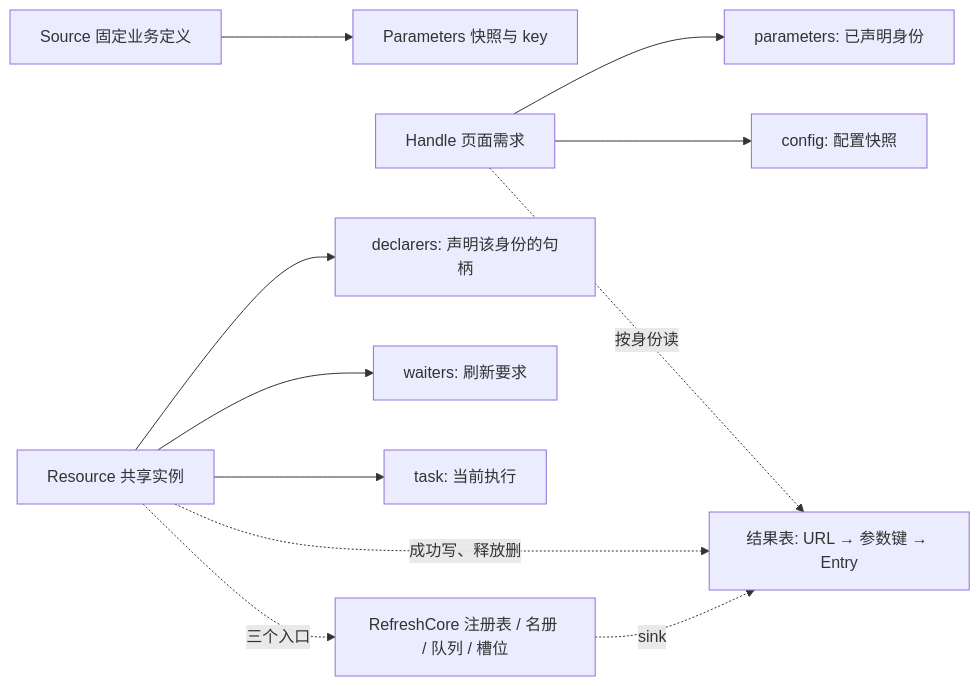
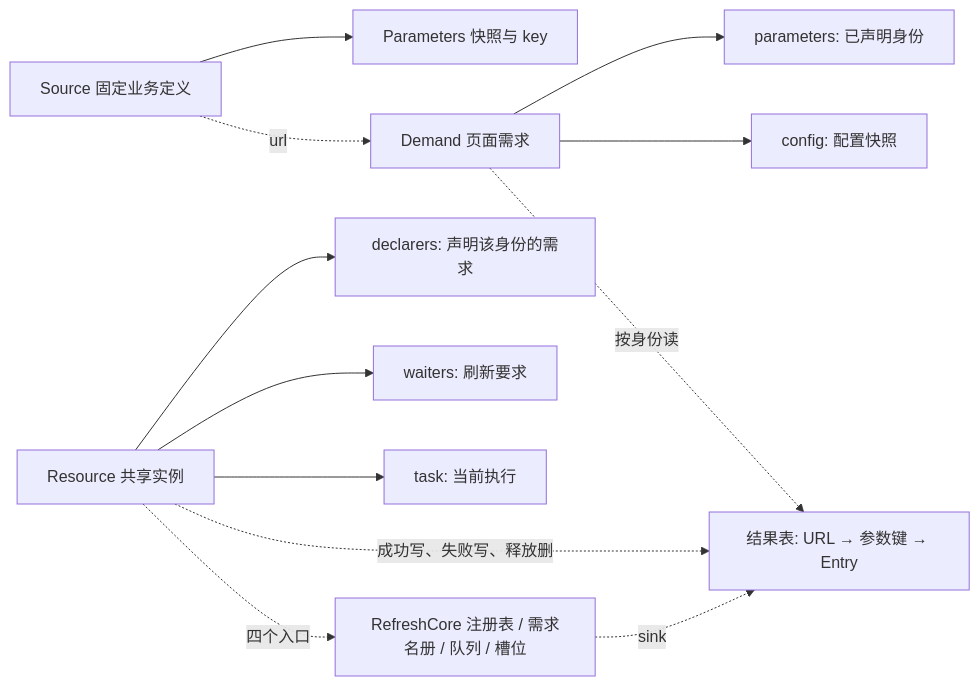
One commit to anjing0524/vue-refresh changed the diagram in DESIGN.md. Above: the diagram before and after it, drawn with Mermaid. The commit also changed other lines of this file and 9 other files, not shown here.

Commit message:
核心不再认识页面：Handle 收成纯数据的 Demand、参数准备上移适配层、删 setCleanup 与 isolate（ADR-64）

````diff
--- a/DESIGN.md
+++ b/DESIGN.md
@@ -83,13 +83,14 @@
 ```mermaid
 flowchart LR
   Source[Source 固定业务定义] --> Parameters[Parameters 快照与 key]
-  Handle[Handle 页面需求] --> Params[parameters: 已声明身份]
-  Handle --> Config[config: 配置快照]
-  Handle -. 按身份读 .-> Table[结果表: URL → 参数键 → Entry]
-  Resource[Resource 共享实例] --> Decl[declarers: 声明该身份的句柄]
+  Source -. url .-> Demand[Demand 页面需求]
+  Demand --> Params[parameters: 已声明身份]
+  Demand --> Config[config: 配置快照]
+  Demand -. 按身份读 .-> Table[结果表: URL → 参数键 → Entry]
+  Resource[Resource 共享实例] --> Decl[declarers: 声明该身份的需求]
   Resource --> Waiters[waiters: 刷新要求]
   Resource --> Task[task: 当前执行]
-  Resource -. 成功写、释放删 .-> Table
-  Resource -. 三个入口 .-> Core[RefreshCore 注册表 / 名册 / 队列 / 槽位]
+  Resource -. 成功写、失败写、释放删 .-> Table
+  Resource -. 四个入口 .-> Core[RefreshCore 注册表 / 需求名册 / 队列 / 槽位]
   Core -. sink .-> Table
 ```
````
